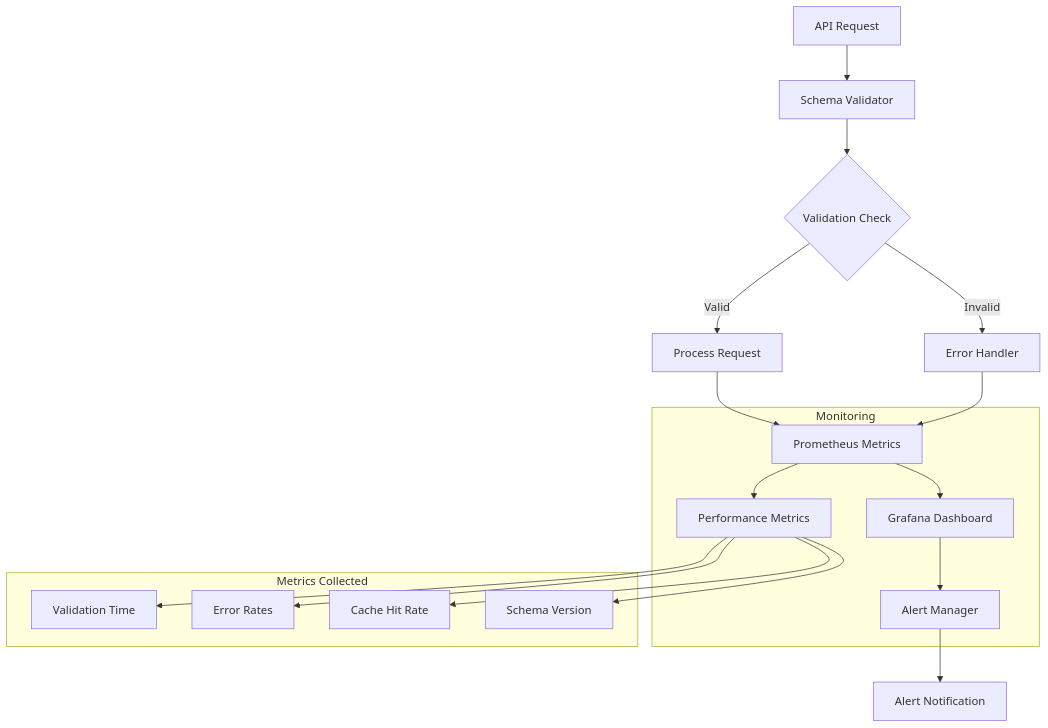
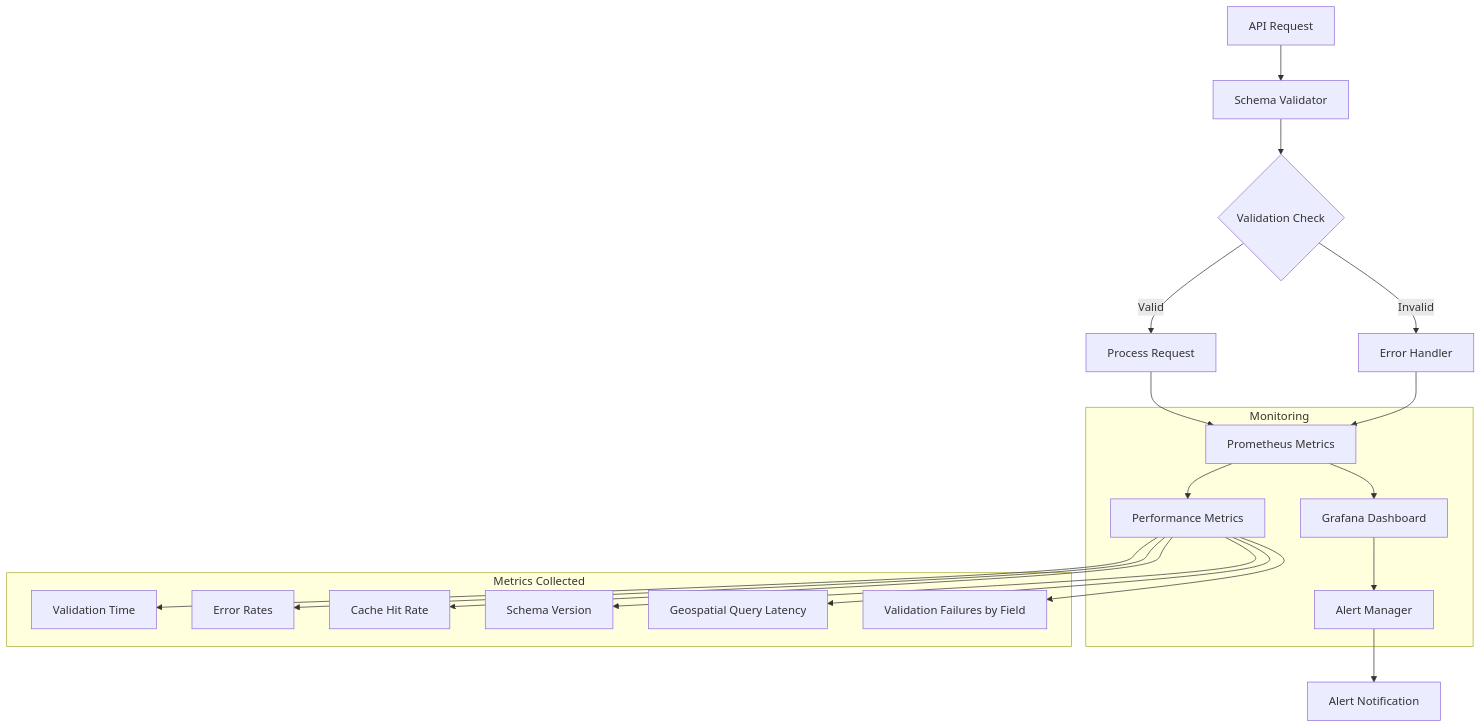
Before and after one commit to YourlocalJay/AIQLeads: the diagram in docs/Architecture.md, drawn with Mermaid. The commit also changed other lines of this file, not shown here.

````diff
--- a/docs/Architecture.md
+++ b/docs/Architecture.md
@@ -18,32 +23,34 @@
 ```mermaid
 flowchart TD
     A[API Request] --> B[Schema Validator]
     B --> C{Validation Check}
     
     C -->|Valid| D[Process Request]
     C -->|Invalid| E[Error Handler]
     
     D --> F[Prometheus Metrics]
     E --> F
     
     F --> G[Grafana Dashboard]
     
     subgraph Monitoring
         F
         G
         H[Alert Manager]
         I[Performance Metrics]
     end
     
     G --> H
     F --> I
     
     subgraph Metrics Collected
         I --> J[Validation Time]
         I --> K[Error Rates]
         I --> L[Cache Hit Rate]
         I --> M[Schema Version]
+        I --> N[Geospatial Query Latency]
+        I --> O[Validation Failures by Field]
     end
     
-    H --> N[Alert Notification]
+    H --> P[Alert Notification]
 ```
````
